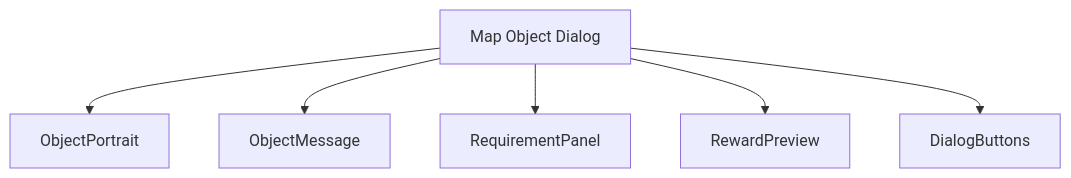
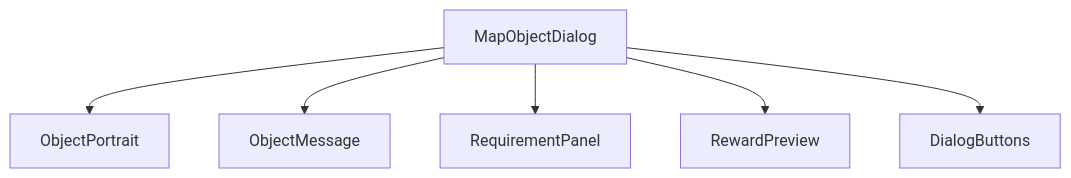
One commit to SunaNoOshiro/Heroes_Reforged_AI_Realms changed the first of 5 diagrams in docs/architecture/wiki/screens/09-map-object-dialog/architecture.md. Above: the diagram before and after it, drawn with Mermaid. The commit also changed other lines of this file and 518 other files, not shown here.

First line of the commit message:
Add doc-audit skill and sweep architecture/screen docs

````diff
--- a/docs/architecture/wiki/screens/09-map-object-dialog/architecture.md
+++ b/docs/architecture/wiki/screens/09-map-object-dialog/architecture.md
@@ -16,14 +21,9 @@
 ```mermaid
 flowchart TD
-  Root["Map Object Dialog"]
-  C0["ObjectPortrait"]
-  Root --> C0
-  C1["ObjectMessage"]
-  Root --> C1
-  C2["RequirementPanel"]
-  Root --> C2
-  C3["RewardPreview"]
-  Root --> C3
-  C4["DialogButtons"]
-  Root --> C4
+  Root["MapObjectDialog"]
+  Root --> C0["ObjectPortrait"]
+  Root --> C1["ObjectMessage"]
+  Root --> C2["RequirementPanel"]
+  Root --> C3["RewardPreview"]
+  Root --> C4["DialogButtons"]
 ```
````
